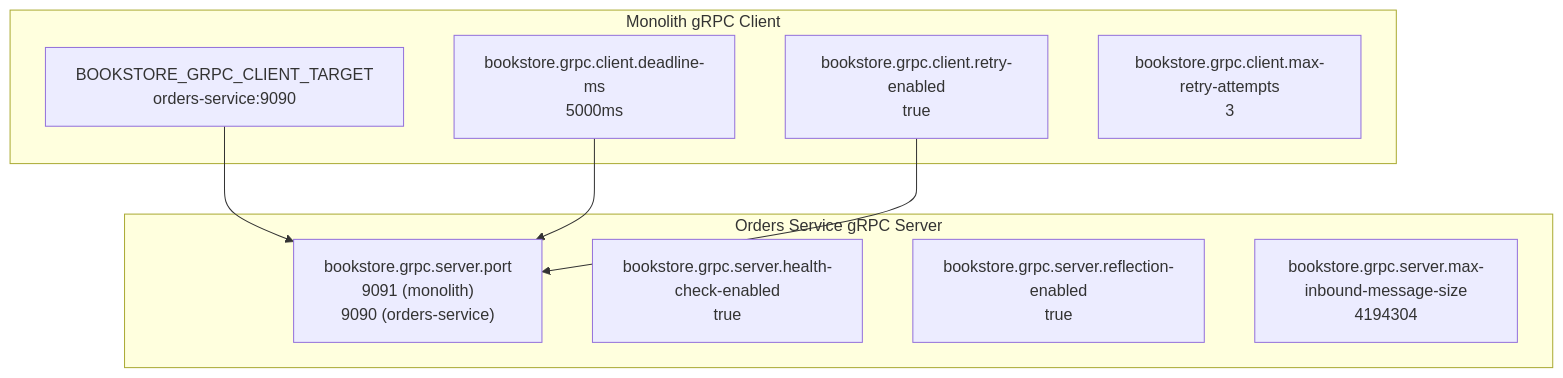
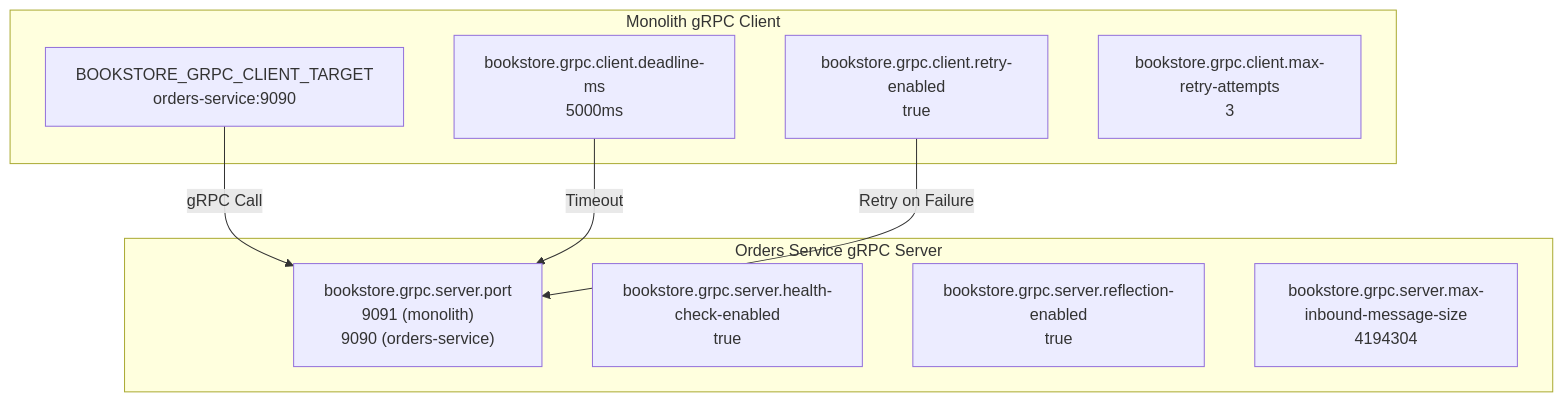
Before and after one commit to philipz/spring-modular-monolith: the fourth of 7 diagrams in docs/deepwiki/Environment-Variables.md, drawn with Mermaid. The commit also changed other lines of this file and 55 other files, not shown here.

````diff
--- a/docs/deepwiki/Environment-Variables.md
+++ b/docs/deepwiki/Environment-Variables.md
@@ -275,30 +275,30 @@
 ```mermaid
 flowchart TD
 
 ClientTarget["BOOKSTORE_GRPC_CLIENT_TARGET<br>orders-service:9090"]
 ClientDeadline["bookstore.grpc.client.deadline-ms<br>5000ms"]
 ClientRetry["bookstore.grpc.client.retry-enabled<br>true"]
 ClientMaxRetry["bookstore.grpc.client.max-retry-attempts<br>3"]
 ServerPort["bookstore.grpc.server.port<br>9091 (monolith)<br>9090 (orders-service)"]
 ServerHealth["bookstore.grpc.server.health-check-enabled<br>true"]
 ServerReflection["bookstore.grpc.server.reflection-enabled<br>true"]
 ServerMaxMsg["bookstore.grpc.server.max-inbound-message-size<br>4194304"]
 
-ClientTarget --> ServerPort
-ClientDeadline --> ServerPort
-ClientRetry --> ServerPort
+ClientTarget -->|"gRPC Call"| ServerPort
+ClientDeadline -->|"Timeout"| ServerPort
+ClientRetry -->|"Retry on Failure"| ServerPort
 
 subgraph subGraph1 ["Orders Service gRPC Server"]
     ServerPort
     ServerHealth
     ServerReflection
     ServerMaxMsg
 end
 
 subgraph subGraph0 ["Monolith gRPC Client"]
     ClientTarget
     ClientDeadline
     ClientRetry
     ClientMaxRetry
 end
 ```
````
